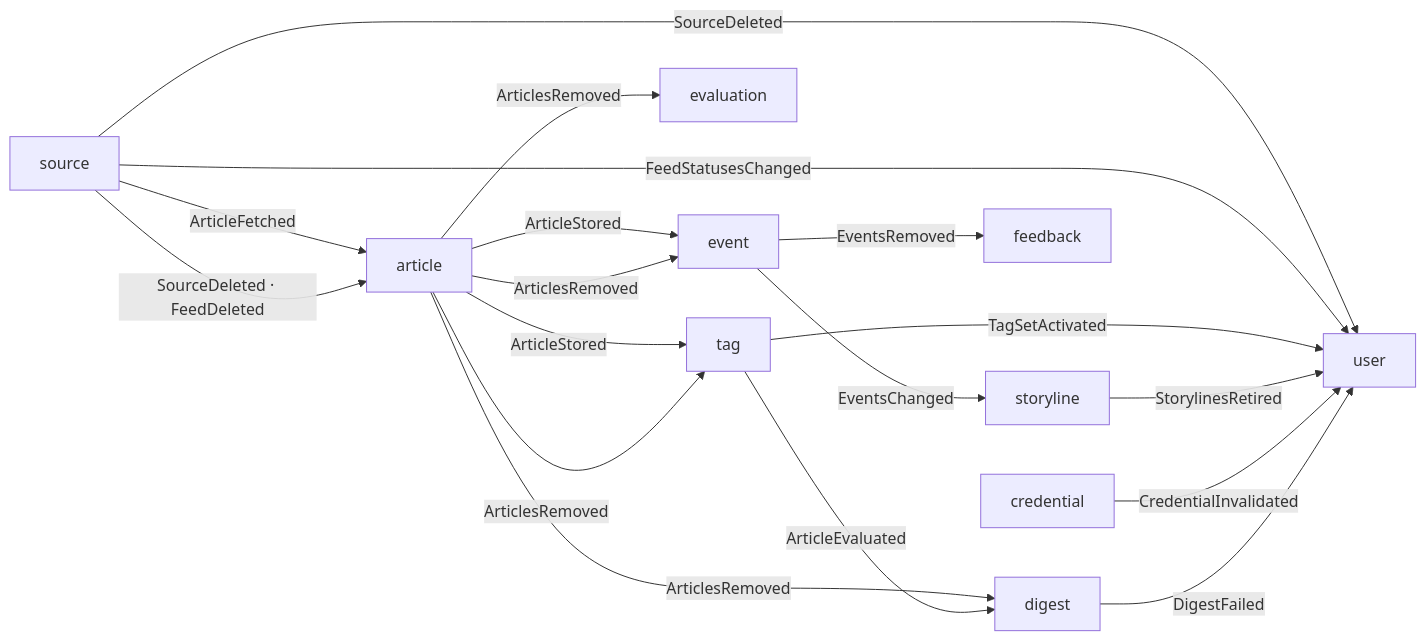
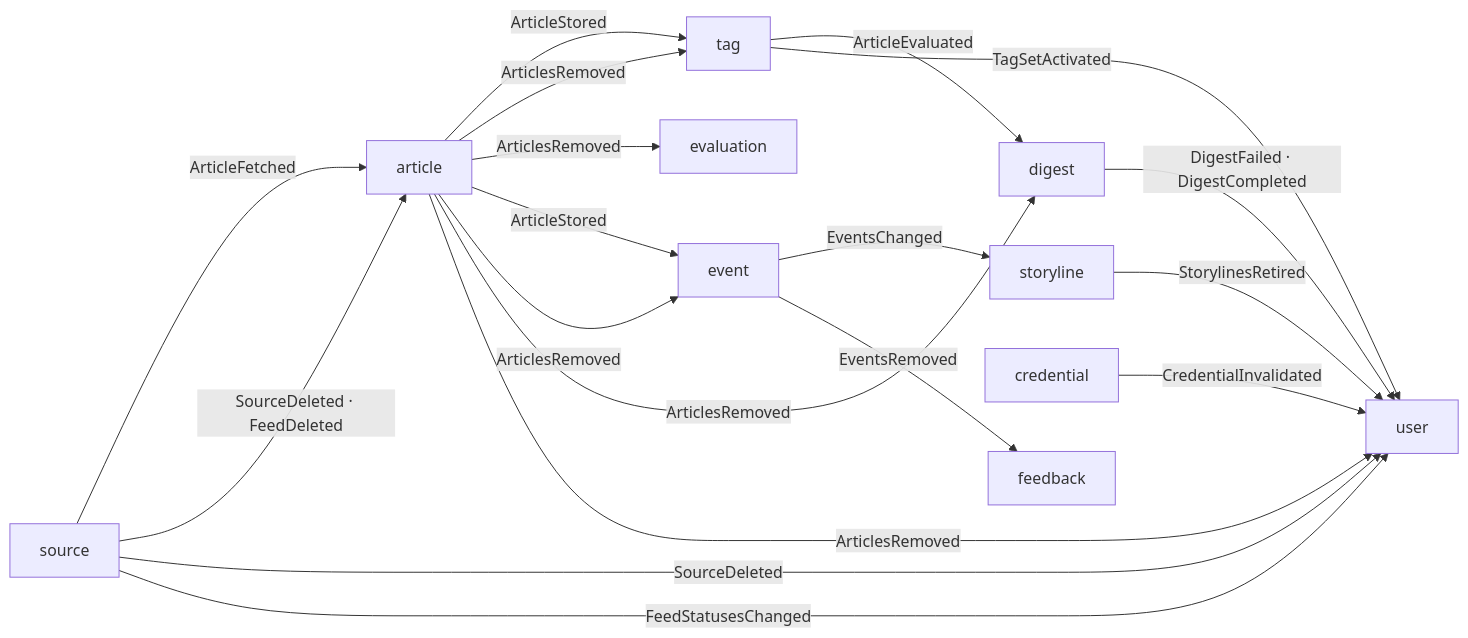
Before and after one commit to Theia0382/yozm-news: the second of 2 diagrams in docs/overview.md, drawn with Mermaid. The commit also changed other lines of this file and 29 other files, not shown here.

````diff
--- a/docs/overview.md
+++ b/docs/overview.md
@@ -139,20 +140,21 @@
 ```mermaid
 flowchart LR
     source -- ArticleFetched --> article
     source -- SourceDeleted · FeedDeleted --> article
     source -- SourceDeleted --> user
     source -- FeedStatusesChanged --> user
     article -- ArticleStored --> tag
     article -- ArticlesRemoved --> tag
     article -- ArticlesRemoved --> evaluation
     article -- ArticleStored --> event
     article -- ArticlesRemoved --> event
     article -- ArticlesRemoved --> digest
+    article -- ArticlesRemoved --> user
     event -- EventsChanged --> storyline
     event -- EventsRemoved --> feedback
     tag -- ArticleEvaluated --> digest
     tag -- TagSetActivated --> user
     storyline -- StorylinesRetired --> user
     credential -- CredentialInvalidated --> user
-    digest -- DigestFailed --> user
+    digest -- DigestFailed · DigestCompleted --> user
 ```
````
